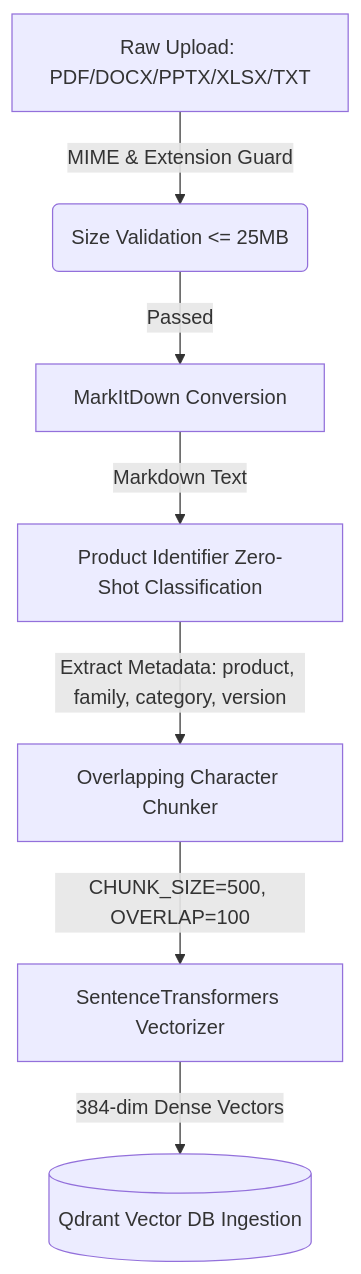
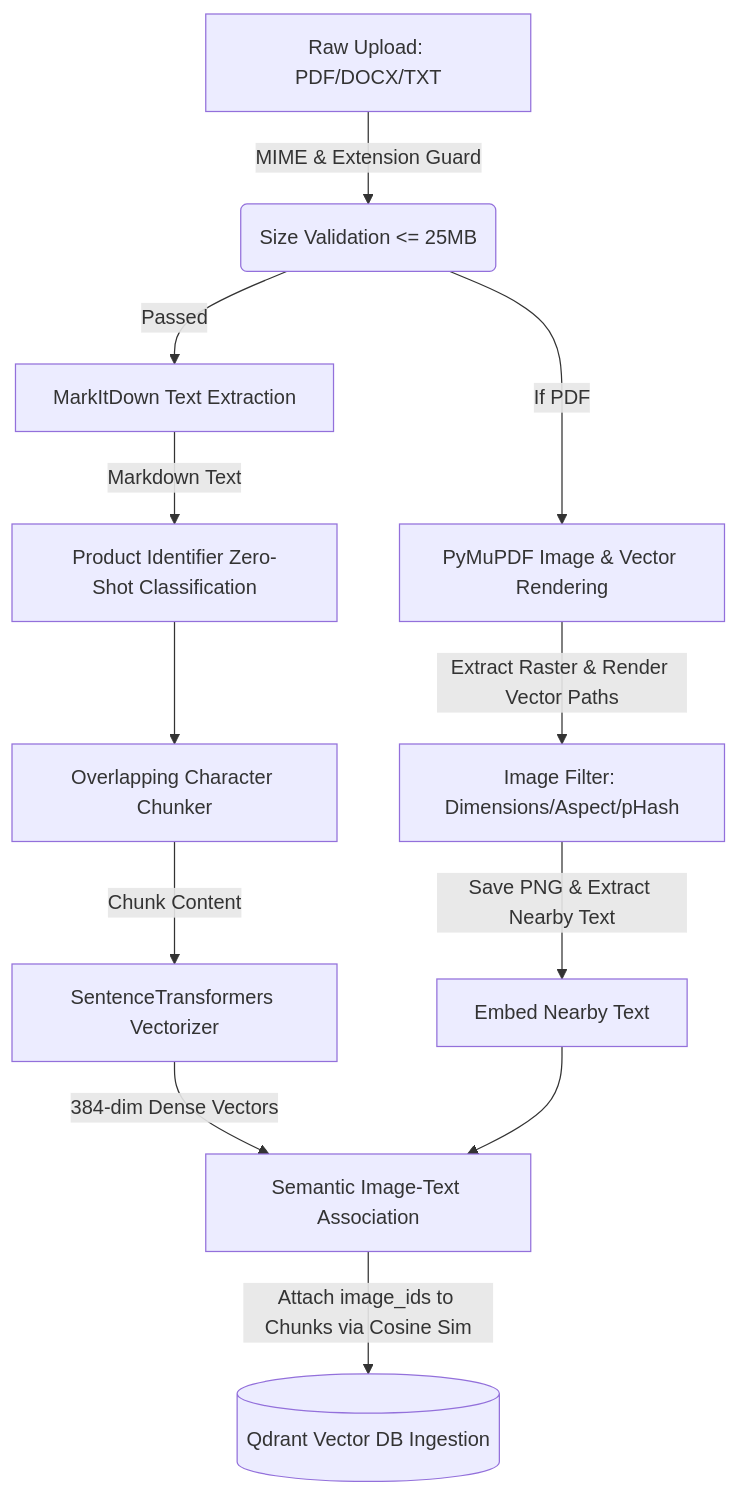
Before and after one commit to Santhosh-p653/rag-multimodal-assistant: the first of 8 diagrams in architecture.md, drawn with Mermaid. The commit also changed other lines of this file and 3 other files, not shown here.

````diff
--- a/architecture.md
+++ b/architecture.md
@@ -11,9 +11,18 @@
 ```mermaid
 graph TD
-    A[Raw Upload: PDF/DOCX/PPTX/XLSX/TXT] -->|MIME & Extension Guard| B(Size Validation <= 25MB)
-    B -->|Passed| C[MarkItDown Conversion]
+    A[Raw Upload: PDF/DOCX/TXT] -->|MIME & Extension Guard| B(Size Validation <= 25MB)
+    B -->|Passed| C[MarkItDown Text Extraction]
+    B -->|If PDF| V[PyMuPDF Image & Vector Rendering]
+    
     C -->|Markdown Text| D[Product Identifier Zero-Shot Classification]
-    D -->|Extract Metadata: product, family, category, version| E[Overlapping Character Chunker]
-    E -->|CHUNK_SIZE=500, OVERLAP=100| F[SentenceTransformers Vectorizer]
-    F -->|384-dim Dense Vectors| G[(Qdrant Vector DB Ingestion)]
+    D --> E[Overlapping Character Chunker]
+    
+    V -->|Extract Raster & Render Vector Paths| X[Image Filter: Dimensions/Aspect/pHash]
+    X -->|Save PNG & Extract Nearby Text| Y[Embed Nearby Text]
+    
+    E -->|Chunk Content| F[SentenceTransformers Vectorizer]
+    F -->|384-dim Dense Vectors| Z[Semantic Image-Text Association]
+    Y --> Z
+    
+    Z -->|Attach image_ids to Chunks via Cosine Sim| G[(Qdrant Vector DB Ingestion)]
 ```
````
